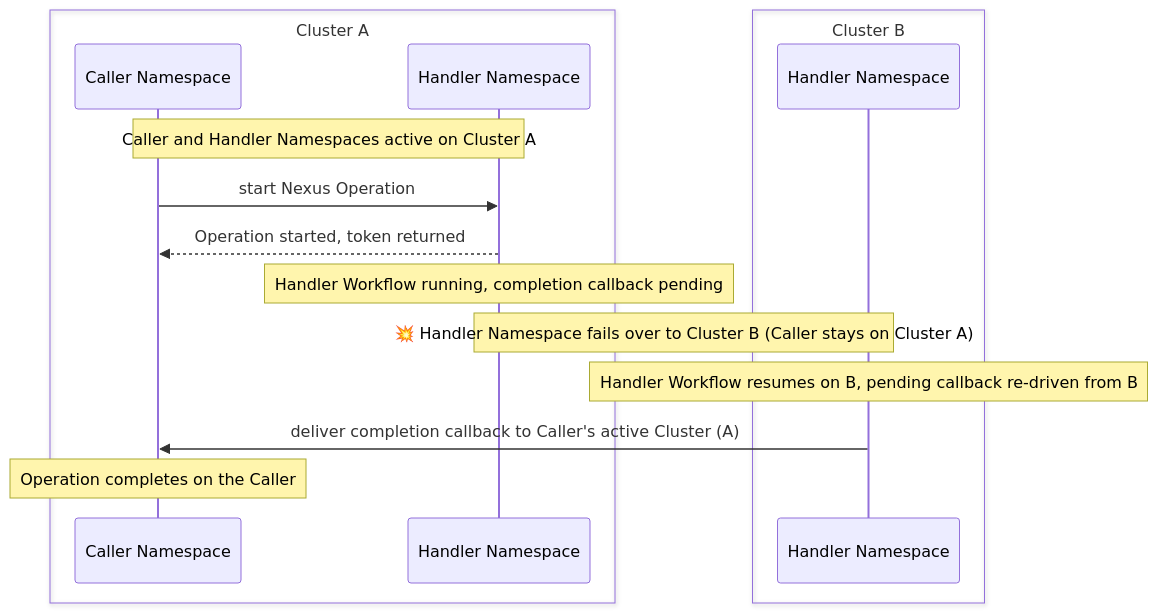
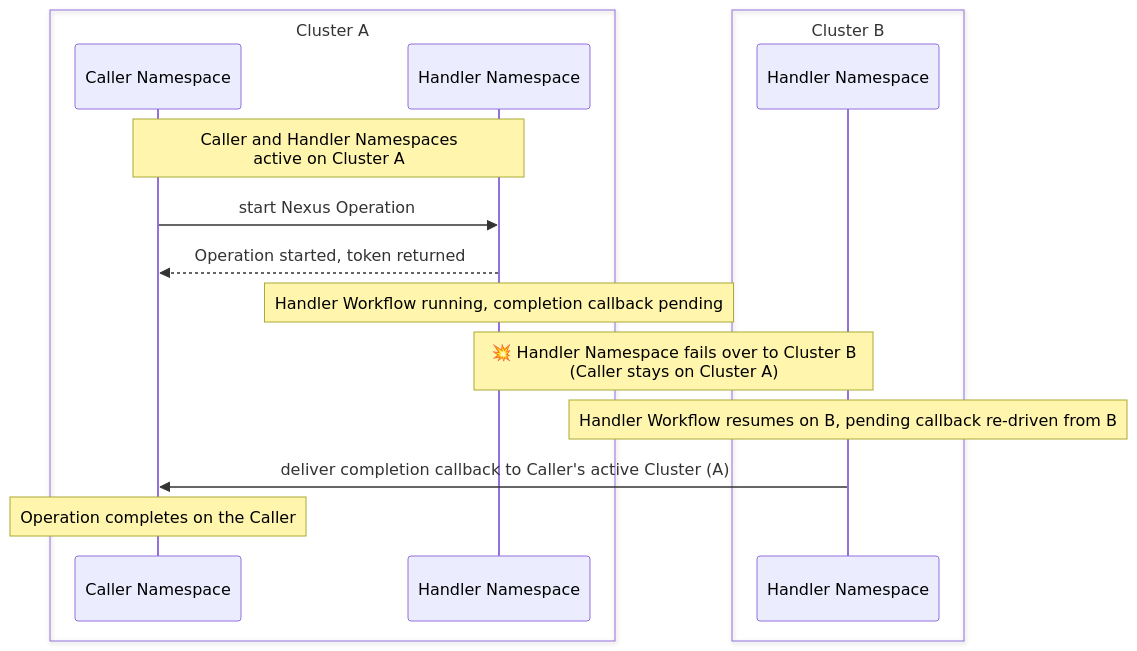
One commit to temporalio/documentation changed the diagram in docs/production-deployment/self-hosted-guide/temporal-nexus.mdx. Above: the diagram before and after it, drawn with Mermaid.

````diff
--- a/docs/production-deployment/self-hosted-guide/temporal-nexus.mdx
+++ b/docs/production-deployment/self-hosted-guide/temporal-nexus.mdx
@@ -146,18 +146,18 @@
 ```mermaid
 sequenceDiagram
     box Cluster A
     participant caA as Caller Namespace
     participant haA as Handler Namespace
     end
     box Cluster B
     participant haB as Handler Namespace
     end
-    Note over caA,haA: Caller and Handler Namespaces active on Cluster A
+    Note over caA,haA: Caller and Handler Namespaces<br/>active on Cluster A
     caA->>haA: start Nexus Operation
     haA-->>caA: Operation started, token returned
     Note over haA: Handler Workflow running, completion callback pending
-    Note over haA,haB: 💥 Handler Namespace fails over to Cluster B (Caller stays on Cluster A)
+    Note over haA,haB: 💥 Handler Namespace fails over to Cluster B<br/>(Caller stays on Cluster A)
     Note over haB: Handler Workflow resumes on B, pending callback re-driven from B
     haB->>caA: deliver completion callback to Caller's active Cluster (A)
     Note over caA: Operation completes on the Caller
 ```
````
